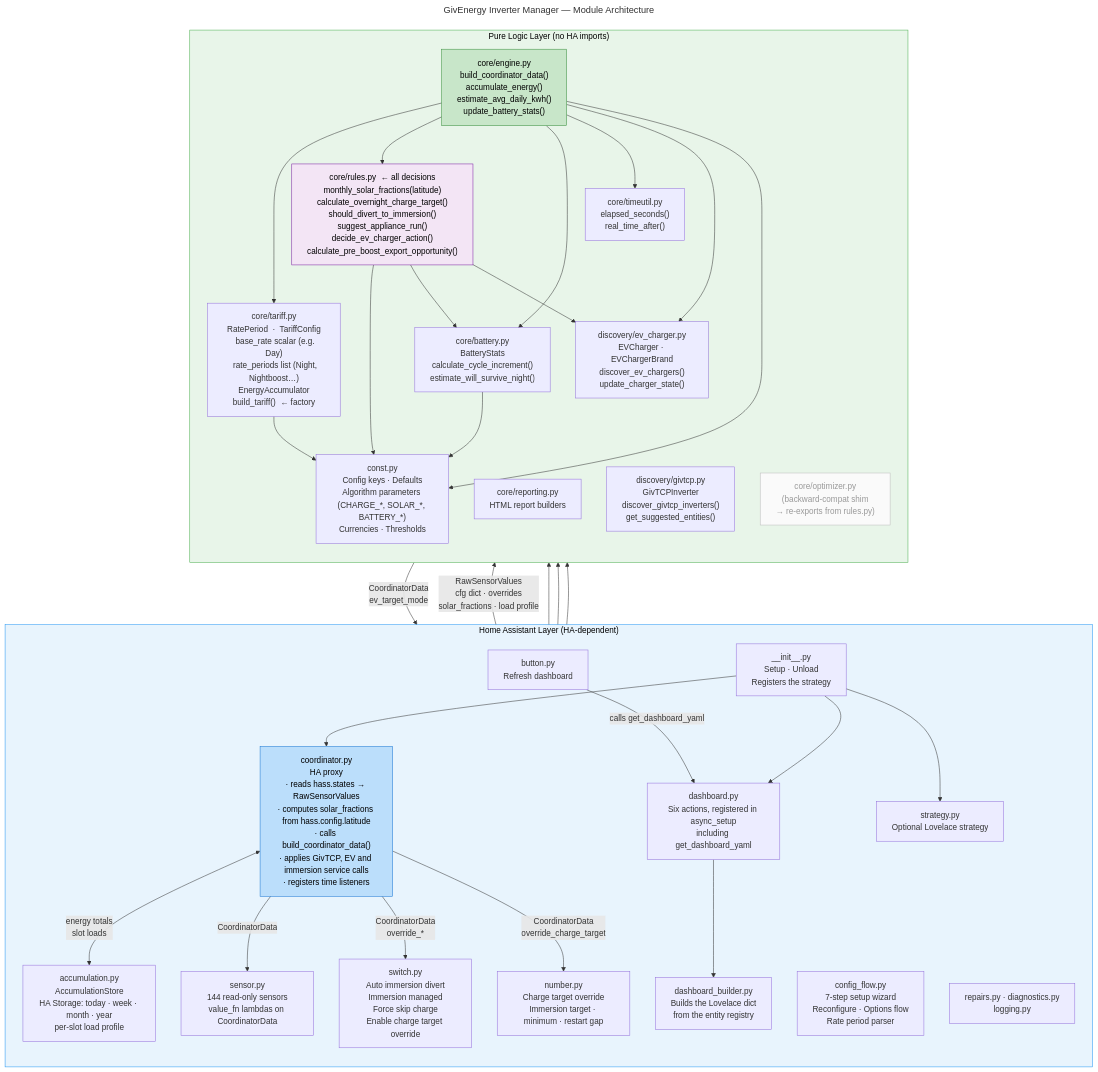
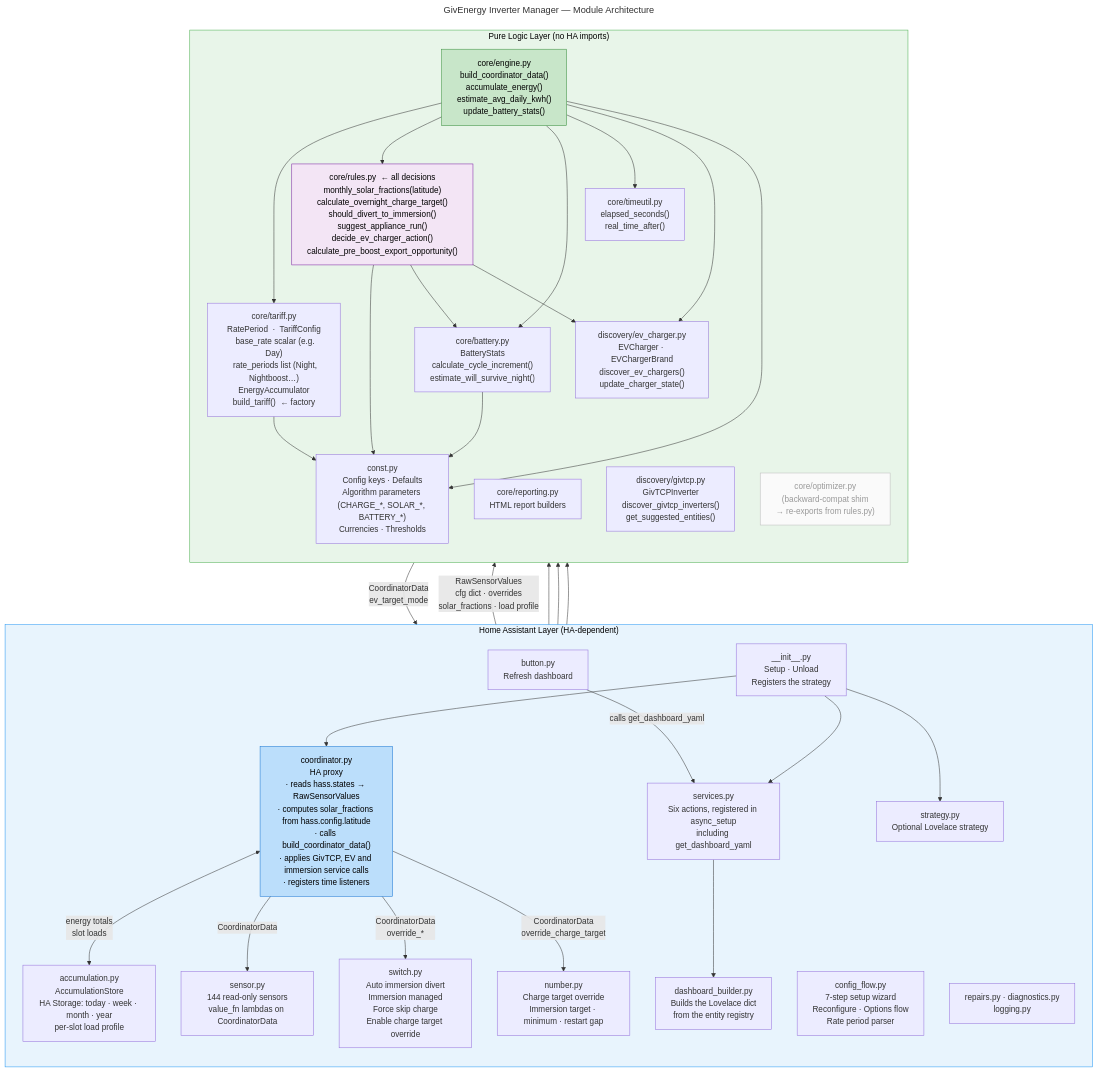
The diagram in docs/architecture.mermaid (macuistin/givenergy_inverter_manager), drawn with Mermaid before and after one commit. The commit also changed 11 other files, not shown here.

Commit message:
refactor(services): rename dashboard.py to services.py and pin service output

```diff
--- a/docs/architecture.mermaid
+++ b/docs/architecture.mermaid
@@ -1,75 +1,75 @@
 ---
 title: GivEnergy Inverter Manager — Module Architecture
 ---
 graph TD
     subgraph HA["Home Assistant Layer  (HA-dependent)"]
         direction TB
         INIT["__init__.py\nSetup · Unload\nRegisters the strategy"]
         COORD["coordinator.py\nHA proxy\n· reads hass.states → RawSensorValues\n· computes solar_fractions from hass.config.latitude\n· calls build_coordinator_data()\n· applies GivTCP, EV and immersion service calls\n· registers time listeners"]
         ACC["accumulation.py\nAccumulationStore\nHA Storage: today · week · month · year\nper-slot load profile"]
         SENSOR["sensor.py\n144 read-only sensors\nvalue_fn lambdas on CoordinatorData"]
         SWITCH["switch.py\nAuto immersion divert\nImmersion managed\nForce skip charge\nEnable charge target override"]
         NUMBER["number.py\nCharge target override\nImmersion target · minimum · restart gap"]
         BUTTON["button.py\nRefresh dashboard"]
-        DASH["dashboard.py\nSix actions, registered in async_setup\nincluding get_dashboard_yaml"]
+        DASH["services.py\nSix actions, registered in async_setup\nincluding get_dashboard_yaml"]
         BUILD["dashboard_builder.py\nBuilds the Lovelace dict\nfrom the entity registry"]
         STRAT["strategy.py\nOptional Lovelace strategy"]
         CF["config_flow.py\n7-step setup wizard\nReconfigure · Options flow\nRate period parser"]
         MISC["repairs.py · diagnostics.py\nlogging.py"]
     end
 
     subgraph ENGINE["Pure Logic Layer  (no HA imports)"]
         direction TB
         ENG["core/engine.py\nbuild_coordinator_data()\naccumulate_energy()\nestimate_avg_daily_kwh()\nupdate_battery_stats()"]
         RULES["core/rules.py  ← all decisions\nmonthly_solar_fractions(latitude)\ncalculate_overnight_charge_target()\nshould_divert_to_immersion()\nsuggest_appliance_run()\ndecide_ev_charger_action()\ncalculate_pre_boost_export_opportunity()"]
         TARIFF["core/tariff.py\nRatePeriod  ·  TariffConfig\n  base_rate scalar (e.g. Day)\n  rate_periods list (Night, Nightboost…)\nEnergyAccumulator\nbuild_tariff()  ← factory"]
         BAT["core/battery.py\nBatteryStats\ncalculate_cycle_increment()\nestimate_will_survive_night()"]
         REP["core/reporting.py\nHTML report builders"]
         TIME["core/timeutil.py\nelapsed_seconds()\nreal_time_after()"]
         DISC_EV["discovery/ev_charger.py\nEVCharger · EVChargerBrand\ndiscover_ev_chargers()\nupdate_charger_state()"]
         DISC_GTC["discovery/givtcp.py\nGivTCPInverter\ndiscover_givtcp_inverters()\nget_suggested_entities()"]
         CONST["const.py\nConfig keys · Defaults\nAlgorithm parameters (CHARGE_*, SOLAR_*, BATTERY_*)\nCurrencies · Thresholds"]
         OPT["core/optimizer.py\n(backward-compat shim\n→ re-exports from rules.py)"]
     end
 
     %% Coordinator ↔ Engine
     COORD -->|"RawSensorValues\ncfg dict · overrides\nsolar_fractions · load profile"| ENG
     ENG -->|"CoordinatorData\nev_target_mode"| COORD
     COORD <-->|"energy totals\nslot loads"| ACC
 
     %% Engine internal deps
     ENG --> TARIFF
     ENG --> RULES
     ENG --> BAT
     ENG --> TIME
     ENG --> DISC_EV
     ENG --> CONST
     RULES --> CONST
     RULES --> BAT
     RULES --> DISC_EV
     TARIFF --> CONST
     BAT --> CONST
 
     %% HA entities read coordinator data
     COORD -->|"CoordinatorData"| SENSOR
     COORD -->|"CoordinatorData\noverride_*"| SWITCH
     COORD -->|"CoordinatorData\noverride_charge_target"| NUMBER
     BUTTON -->|"calls get_dashboard_yaml"| DASH
     SENSOR --> REP
     DASH --> BUILD
 
     %% Config flow uses discovery at setup time only
     CF --> DISC_GTC
     CF --> DISC_EV
 
     %% Init wires it all together
     INIT --> COORD
     INIT --> DASH
     INIT --> STRAT
 
     style HA fill:#e8f4fd,stroke:#2196F3,color:#000
     style ENGINE fill:#e8f5e9,stroke:#4CAF50,color:#000
     style ENG fill:#c8e6c9,stroke:#388E3C,color:#000
     style COORD fill:#bbdefb,stroke:#1976D2,color:#000
     style RULES fill:#f3e5f5,stroke:#7B1FA2,color:#000
     style OPT fill:#fafafa,stroke:#bbb,color:#999
```
